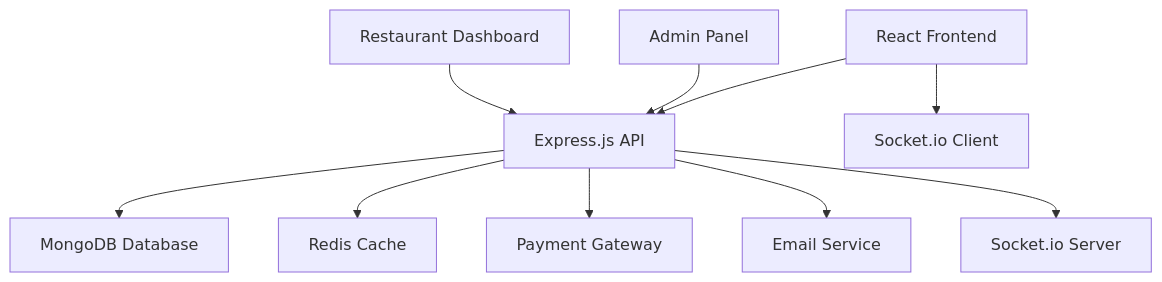
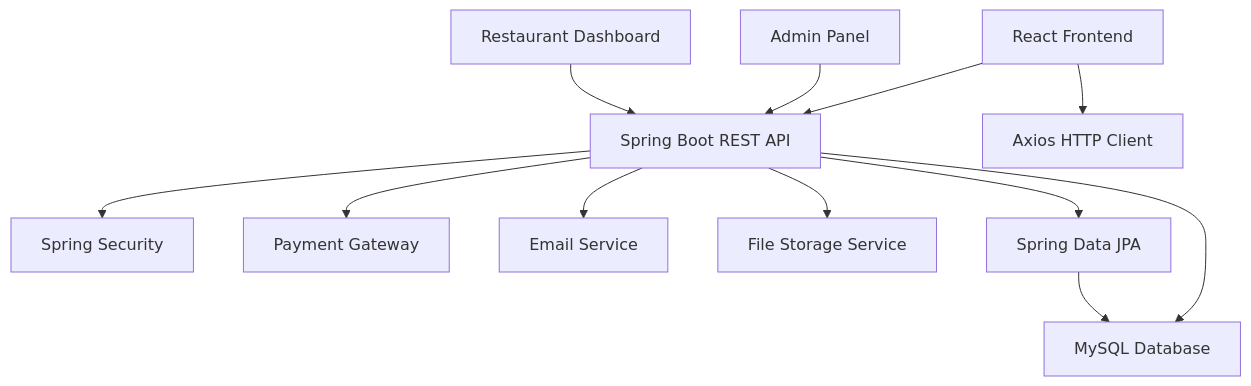
The diagram in README.md (minindu-alwis/Online-Food-Ordering-Full-Stack-Project-FrontEnd), drawn with Mermaid before and after one commit. The commit also changed other lines of this file, not shown here.

````diff
--- a/README.md
+++ b/README.md
@@ -71,12 +79,14 @@
 ```mermaid
 graph TB
-    A[React Frontend] --> B[Express.js API]
-    B --> C[MongoDB Database]
-    B --> D[Redis Cache]
+    A[React Frontend] --> B[Spring Boot REST API]
+    B --> C[MySQL Database]
+    B --> D[Spring Security]
     B --> E[Payment Gateway]
     B --> F[Email Service]
-    A --> G[Socket.io Client]
-    B --> H[Socket.io Server]
-    I[Admin Panel] --> B
-    J[Restaurant Dashboard] --> B
+    A --> G[Axios HTTP Client]
+    H[Admin Panel] --> B
+    I[Restaurant Dashboard] --> B
+    B --> J[File Storage Service]
+    B --> K[Spring Data JPA]
+    K --> C
 ```
````
